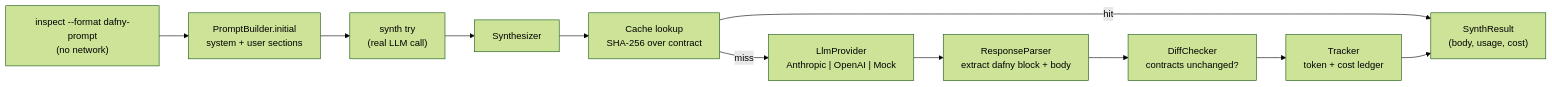
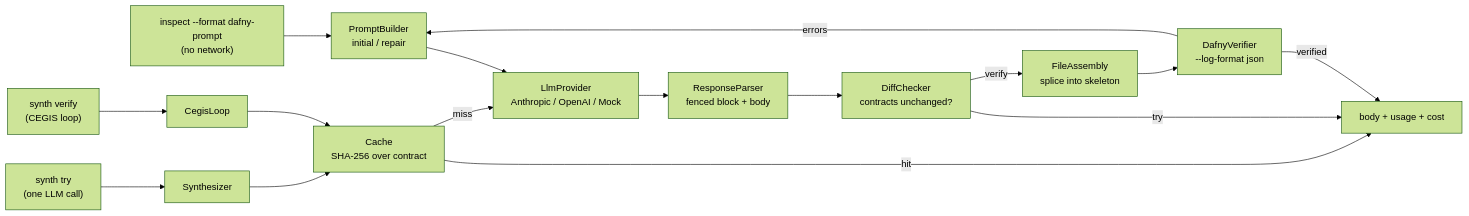
The diagram in docs/content/docs/synth/llm-integration.mdx (HardMax71/spec_to_rest), drawn with Mermaid (forest theme) before and after one commit. The commit also changed other lines of this file and 21 other files, not shown here.

First line of the commit message:
#29 — M6.4 CEGIS feedback loop (`synth verify`) (#220)

````diff
--- a/docs/content/docs/synth/llm-integration.mdx
+++ b/docs/content/docs/synth/llm-integration.mdx
@@ -15,13 +16,18 @@
 ```mermaid
 flowchart LR
   Inspect["inspect --format dafny-prompt<br/>(no network)"] --> PromptBuilder
-  SynthCmd["synth try<br/>(real LLM call)"] --> Synthesizer
-  PromptBuilder["PromptBuilder.initial<br/>system + user sections"] --> SynthCmd
-  Synthesizer --> Cache["Cache lookup<br/>SHA-256 over contract"]
+  Try["synth try<br/>(one LLM call)"] --> Synthesizer
+  Verify["synth verify<br/>(CEGIS loop)"] --> CegisLoop
+  PromptBuilder["PromptBuilder<br/>initial / repair"] --> Provider
+  Synthesizer --> Cache
+  CegisLoop --> Cache["Cache<br/>SHA-256 over contract"]
   Cache -->|hit| Result
-  Cache -->|miss| Provider
-  Provider["LlmProvider<br/>Anthropic | OpenAI | Mock"] --> Parser["ResponseParser<br/>extract dafny block + body"]
+  Cache -->|miss| Provider["LlmProvider<br/>Anthropic / OpenAI / Mock"]
+  Provider --> Parser["ResponseParser<br/>fenced block + body"]
   Parser --> Diff["DiffChecker<br/>contracts unchanged?"]
-  Diff --> Tracker["Tracker<br/>token + cost ledger"]
-  Tracker --> Result["SynthResult<br/>(body, usage, cost)"]
+  Diff -->|try| Result
+  Diff -->|verify| Splice["FileAssembly<br/>splice into skeleton"]
+  Splice --> Dafny["DafnyVerifier<br/>--log-format json"]
+  Dafny -->|verified| Result["body + usage + cost"]
+  Dafny -->|errors| PromptBuilder
 ```
````
